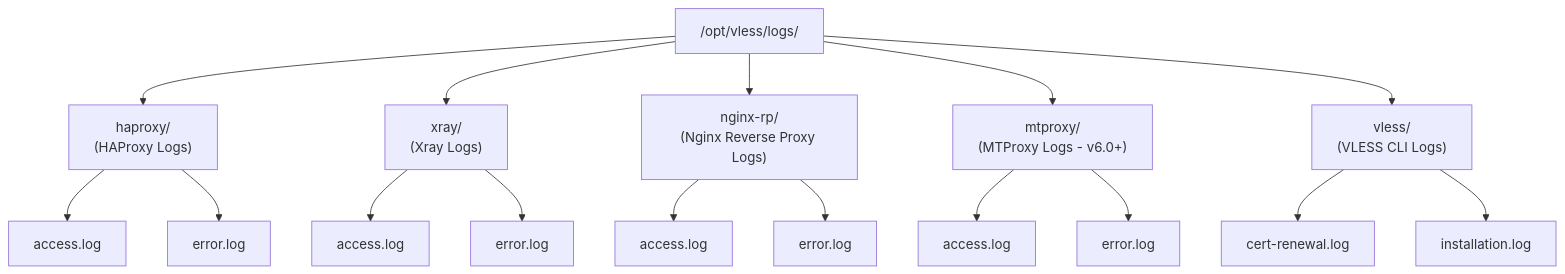
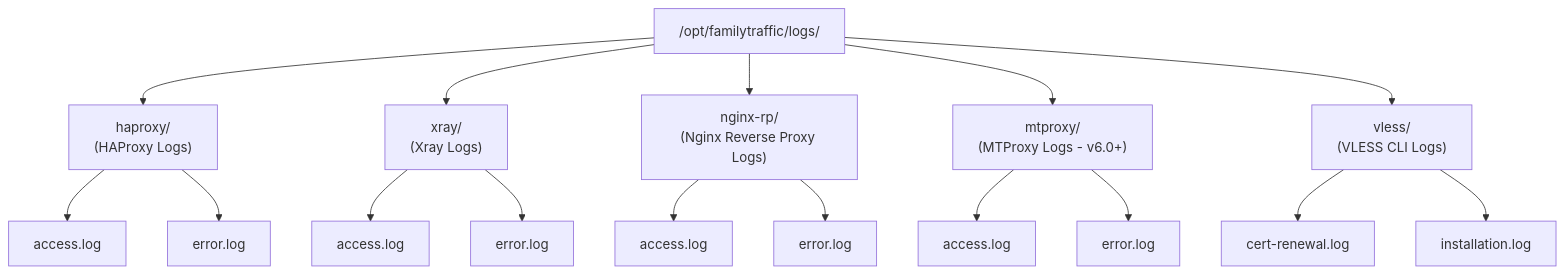
Before and after one commit to ikeniborn/vless: the sixth of 10 diagrams in docs/architecture/diagrams/deployment/filesystem-layout.md, drawn with Mermaid. The commit also changed other lines of this file and 66 other files, not shown here.

First line of the commit message:
refactor(rename): replace old project name 'vless' with 'familytraffic'

````diff
--- a/docs/architecture/diagrams/deployment/filesystem-layout.md
+++ b/docs/architecture/diagrams/deployment/filesystem-layout.md
@@ -221,31 +221,31 @@
 ```mermaid
 graph TB
-    LogsDir["/opt/vless/logs/"]
+    LogsDir["/opt/familytraffic/logs/"]
 
     HAProxyLogs["haproxy/<br/>(HAProxy Logs)"]
     XrayLogs["xray/<br/>(Xray Logs)"]
     NginxRPLogs["nginx-rp/<br/>(Nginx Reverse Proxy Logs)"]
     MTProxyLogs["mtproxy/<br/>(MTProxy Logs - v6.0+)"]
     VLESSLogs["vless/<br/>(VLESS CLI Logs)"]
 
     LogsDir --> HAProxyLogs
     LogsDir --> XrayLogs
     LogsDir --> NginxRPLogs
     LogsDir --> MTProxyLogs
     LogsDir --> VLESSLogs
 
     HAProxyLogs --> HAProxyAccess["access.log"]
     HAProxyLogs --> HAProxyError["error.log"]
 
     XrayLogs --> XrayAccess["access.log"]
     XrayLogs --> XrayError["error.log"]
 
     NginxRPLogs --> NginxAccess["access.log"]
     NginxRPLogs --> NginxError["error.log"]
 
     MTProxyLogs --> MTProxyAccess["access.log"]
     MTProxyLogs --> MTProxyError["error.log"]
 
     VLESSLogs --> CertRenewal["cert-renewal.log"]
     VLESSLogs --> InstallLog["installation.log"]
 ```
````
